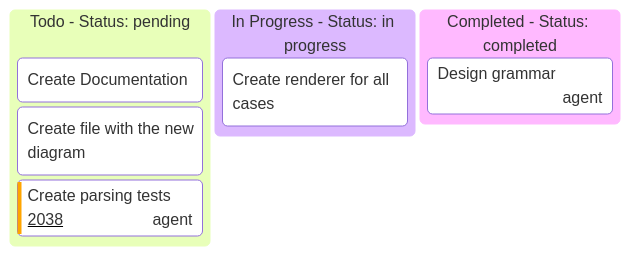
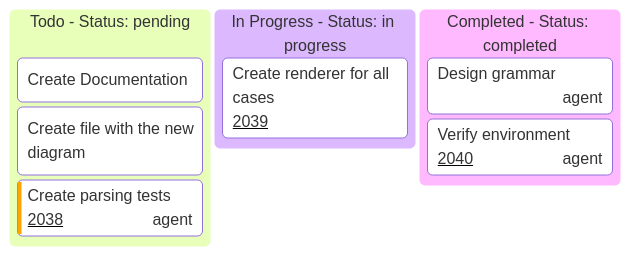
Before and after one commit to Cogni-AI-OU/cogni-ai-agent-skills: the eighth of 9 diagrams in agent-log-analysis/SKILL.md, drawn with Mermaid. The commit also changed other lines of this file, not shown here.

Commit message:
docs: add Total Tasks to telemetry and improve Kanban example

````diff
--- a/agent-log-analysis/SKILL.md
+++ b/agent-log-analysis/SKILL.md
@@ -259,16 +260,17 @@
 ```mermaid
 ---
 config:
   kanban:
     ticketBaseUrl: 'https://github.com/{owner}/{repo}/issues/#TICKET#'
 ---
 kanban
   Todo - Status: pending
     [Create Documentation]
     docs[Create file with the new diagram]
     id4[Create parsing tests]@{ ticket: 2038, assigned: 'agent', priority: 'High' }
   In Progress - Status: in progress
-    id6[Create renderer for all cases]
+    id6[Create renderer for all cases]@{ ticket: 2039, priority: 'Medium' }
   Completed - Status: completed
     id8[Design grammar]@{ assigned: 'agent' }
+    id9[Verify environment]@{ ticket: 2040, assigned: 'agent' }
 ```
````
